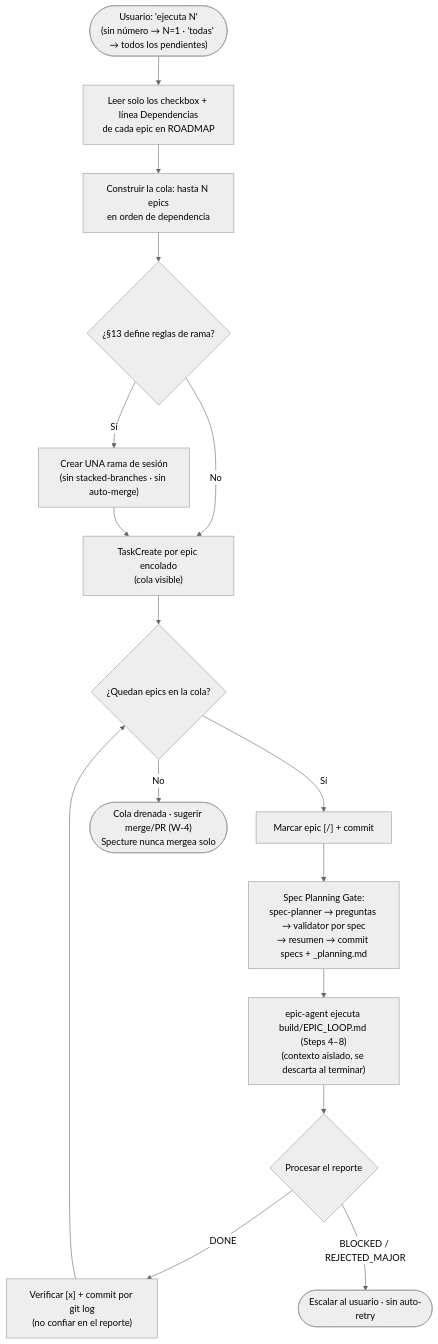
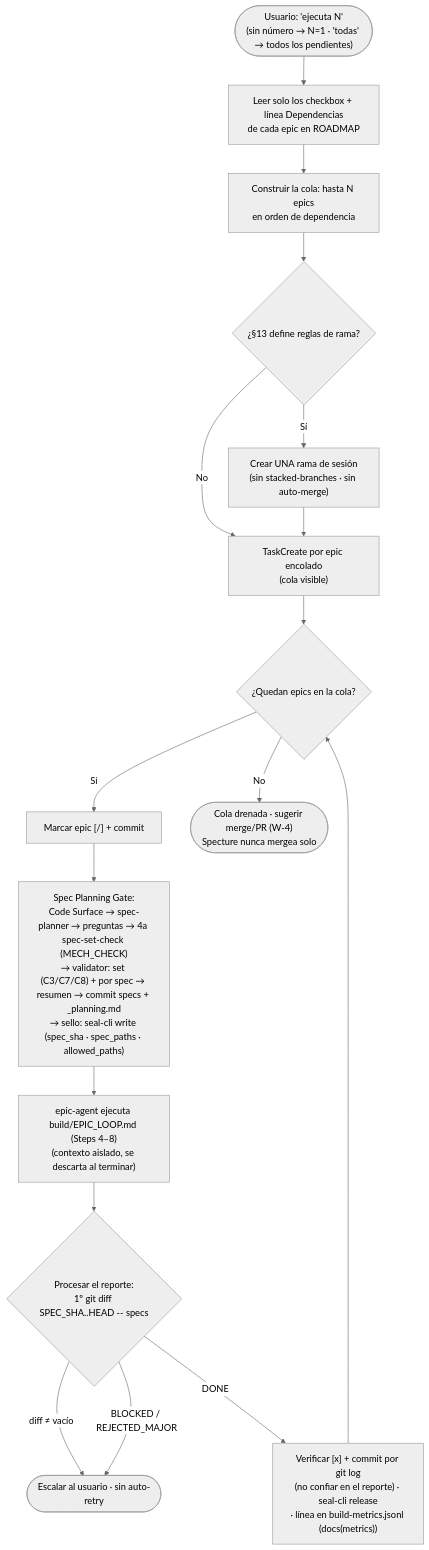
Before and after one commit to FerEscobarDev/Specture: the fourth of 19 diagrams in docs/execution-flows.md, drawn with Mermaid (neutral theme). The commit also changed other lines of this file and 9 other files, not shown here.

````diff
--- a/docs/execution-flows.md
+++ b/docs/execution-flows.md
@@ -142,18 +142,19 @@
 ```mermaid
 flowchart TD
     A(["Usuario: 'ejecuta N'<br/>(sin número → N=1 · 'todas' → todos los pendientes)"]) --> B["Leer solo los checkbox + línea Dependencias<br/>de cada epic en ROADMAP"]
     B --> C["Construir la cola: hasta N epics<br/>en orden de dependencia"]
     C --> Br{"¿§13 define reglas de rama?"}
     Br -->|Sí| Br2["Crear UNA rama de sesión<br/>(sin stacked-branches · sin auto-merge)"]
     Br -->|No| D["TaskCreate por epic encolado<br/>(cola visible)"]
     Br2 --> D
     D --> L{"¿Quedan epics en la cola?"}
     L -->|Sí| E["Marcar epic [/] + commit"]
-    E --> SPG["Spec Planning Gate:<br/>spec-planner → preguntas → validator por spec<br/>→ resumen → commit specs + _planning.md"]
+    E --> SPG["Spec Planning Gate:<br/>Code Surface → spec-planner → preguntas → 4a spec-set-check (MECH_CHECK)<br/>→ validator: set (C3/C7/C8) + por spec → resumen → commit specs + _planning.md<br/>→ sello: seal-cli write (spec_sha · spec_paths · allowed_paths)"]
     SPG --> F["epic-agent ejecuta build/EPIC_LOOP.md (Steps 4–8)<br/>(contexto aislado, se descarta al terminar)"]
-    F --> G{"Procesar el reporte"}
-    G -->|DONE| H["Verificar [x] + commit por git log<br/>(no confiar en el reporte)"]
+    F --> G{"Procesar el reporte:<br/>1º git diff SPEC_SHA..HEAD -- specs"}
+    G -->|"diff ≠ vacío"| ESC
+    G -->|DONE| H["Verificar [x] + commit por git log<br/>(no confiar en el reporte) · seal-cli release<br/>· línea en build-metrics.jsonl (docs(metrics))"]
     G -->|"BLOCKED / REJECTED_MAJOR"| ESC(["Escalar al usuario · sin auto-retry"])
     H --> L
     L -->|No| FIN(["Cola drenada · sugerir merge/PR (W-4)<br/>Specture nunca mergea solo"])
 ```
````
